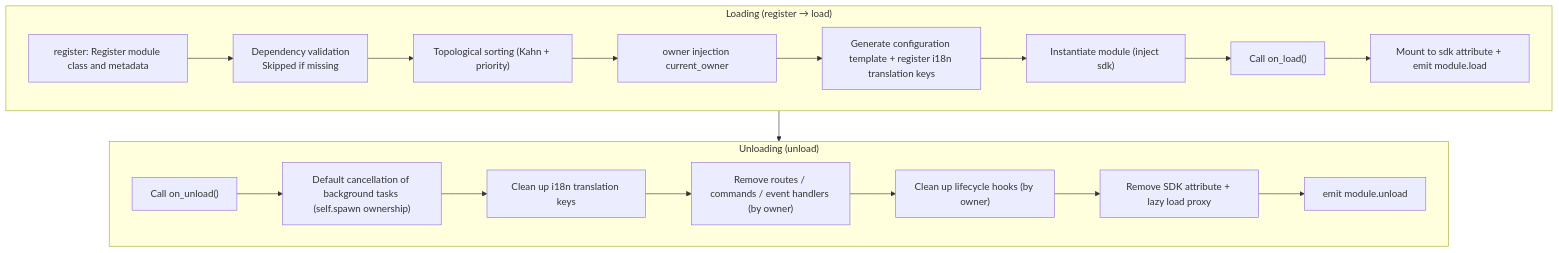
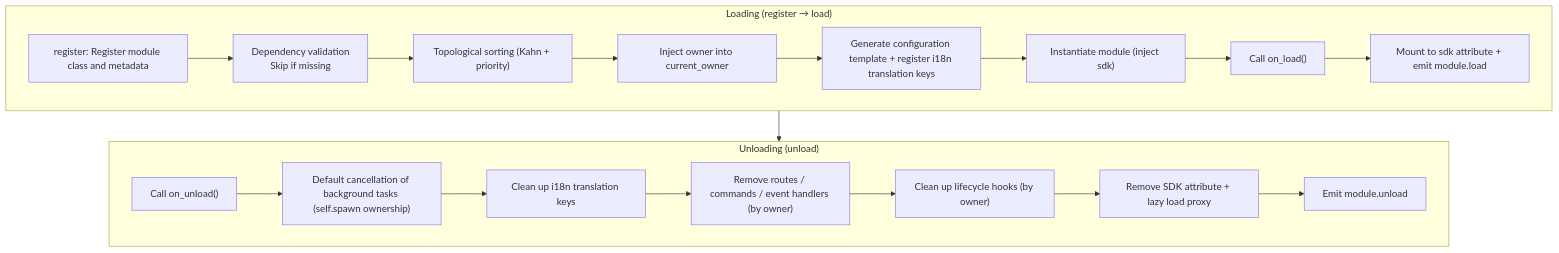
The diagram in docs/en/developer-guide/modules/core-concepts.md (ErisPulse/ErisPulse), drawn with Mermaid before and after one commit. The commit also changed other lines of this file and 91 other files, not shown here.

````diff
--- a/docs/en/developer-guide/modules/core-concepts.md
+++ b/docs/en/developer-guide/modules/core-concepts.md
@@ -90,23 +90,23 @@
 ```mermaid
 flowchart TD
     subgraph Load["Loading (register → load)"]
-        L1["register: Register module class and metadata"] --> L2["Dependency validation<br/>Skipped if missing"]
+        L1["register: Register module class and metadata"] --> L2["Dependency validation<br/>Skip if missing"]
         L2 --> L3["Topological sorting (Kahn + priority)"]
-        L3 --> L4["owner injection current_owner"]
+        L3 --> L4["Inject owner into current_owner"]
         L4 --> L5["Generate configuration template + register i18n translation keys"]
         L5 --> L6["Instantiate module (inject sdk)"]
         L6 --> L7["Call on_load()"]
         L7 --> L8["Mount to sdk attribute + emit module.load"]
     end
 
     subgraph Unload["Unloading (unload)"]
         U1["Call on_unload()"] --> U2["Default cancellation of background tasks (self.spawn ownership)"]
         U2 --> U3["Clean up i18n translation keys"]
         U3 --> U4["Remove routes / commands / event handlers (by owner)"]
         U4 --> U5["Clean up lifecycle hooks (by owner)"]
         U5 --> U6["Remove SDK attribute + lazy load proxy"]
-        U6 --> U7["emit module.unload"]
+        U6 --> U7["Emit module.unload"]
     end
 
     Load --> Unload
 ```
````
